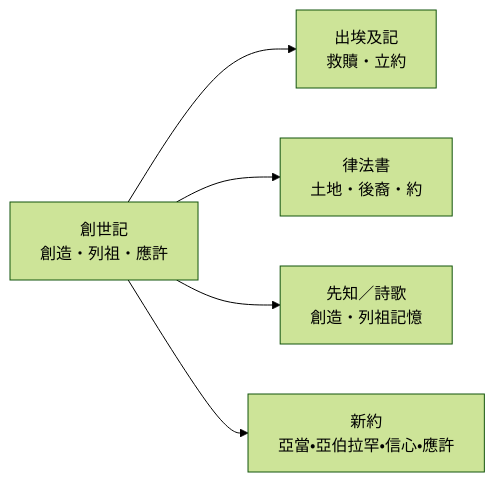
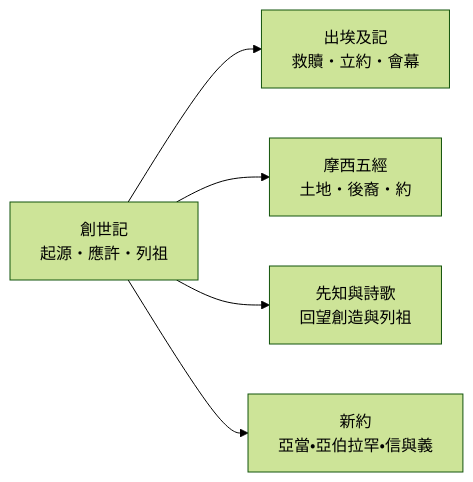
The third of 3 diagrams in 01 創世記/Introduction.md (andyjr5566/Bible_wiki_zh), drawn with Mermaid (forest theme) before and after one commit. The commit also changed other lines of this file, not shown here.

````diff
--- a/01 創世記/Introduction.md
+++ b/01 創世記/Introduction.md
@@ -185,7 +157,7 @@
 ```mermaid
 flowchart LR
-  G[創世記<br/>創造・列祖・應許] --> E[出埃及記<br/>救贖・立約]
-  G --> T[律法書<br/>土地・後裔・約]
-  G --> P[先知／詩歌<br/>創造・列祖記憶]
-  G --> N[新約<br/>亞當・亞伯拉罕・信心・應許]
+  GEN[創世記<br/>起源・應許・列祖] --> EXO[出埃及記<br/>救贖・立約・會幕]
+  GEN --> TORAH[摩西五經<br/>土地・後裔・約]
+  GEN --> OT[先知與詩歌<br/>回望創造與列祖]
+  GEN --> NT[新約<br/>亞當・亞伯拉罕・信與義]
 ```
````
